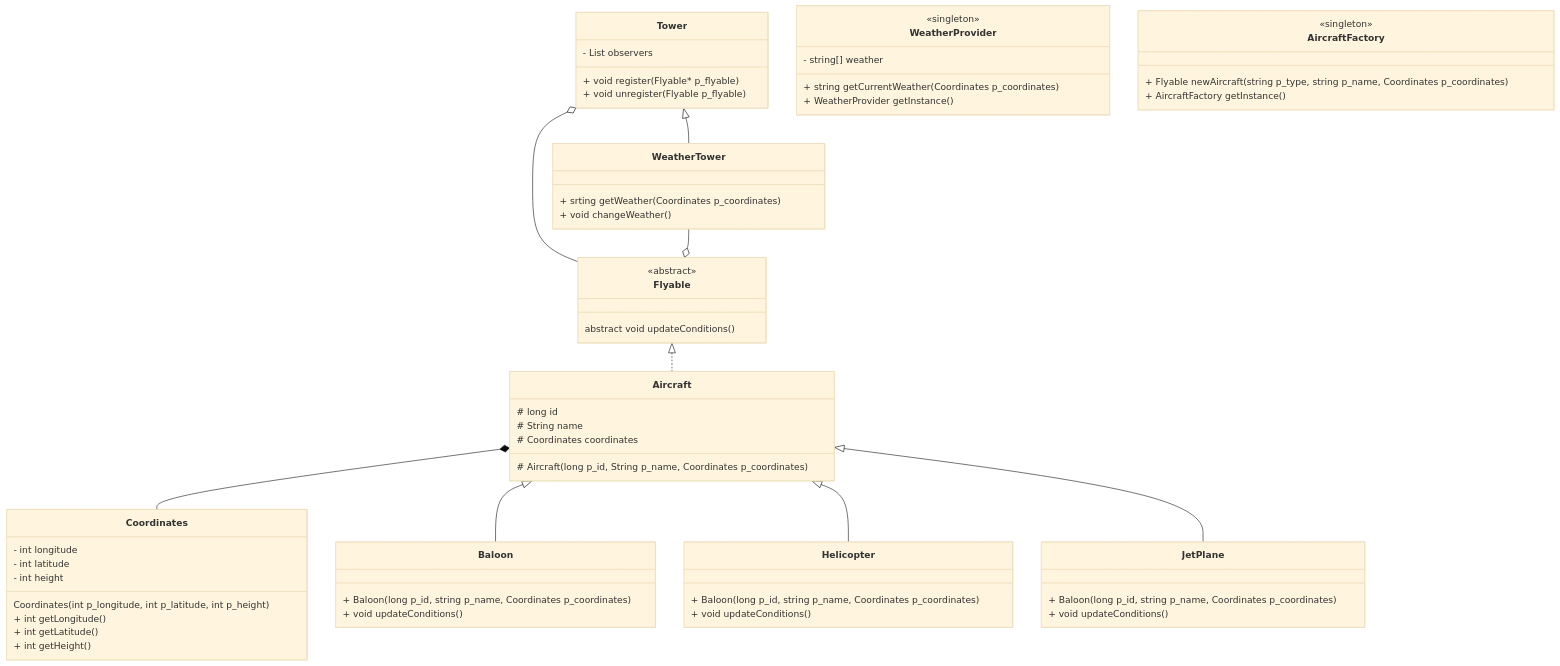
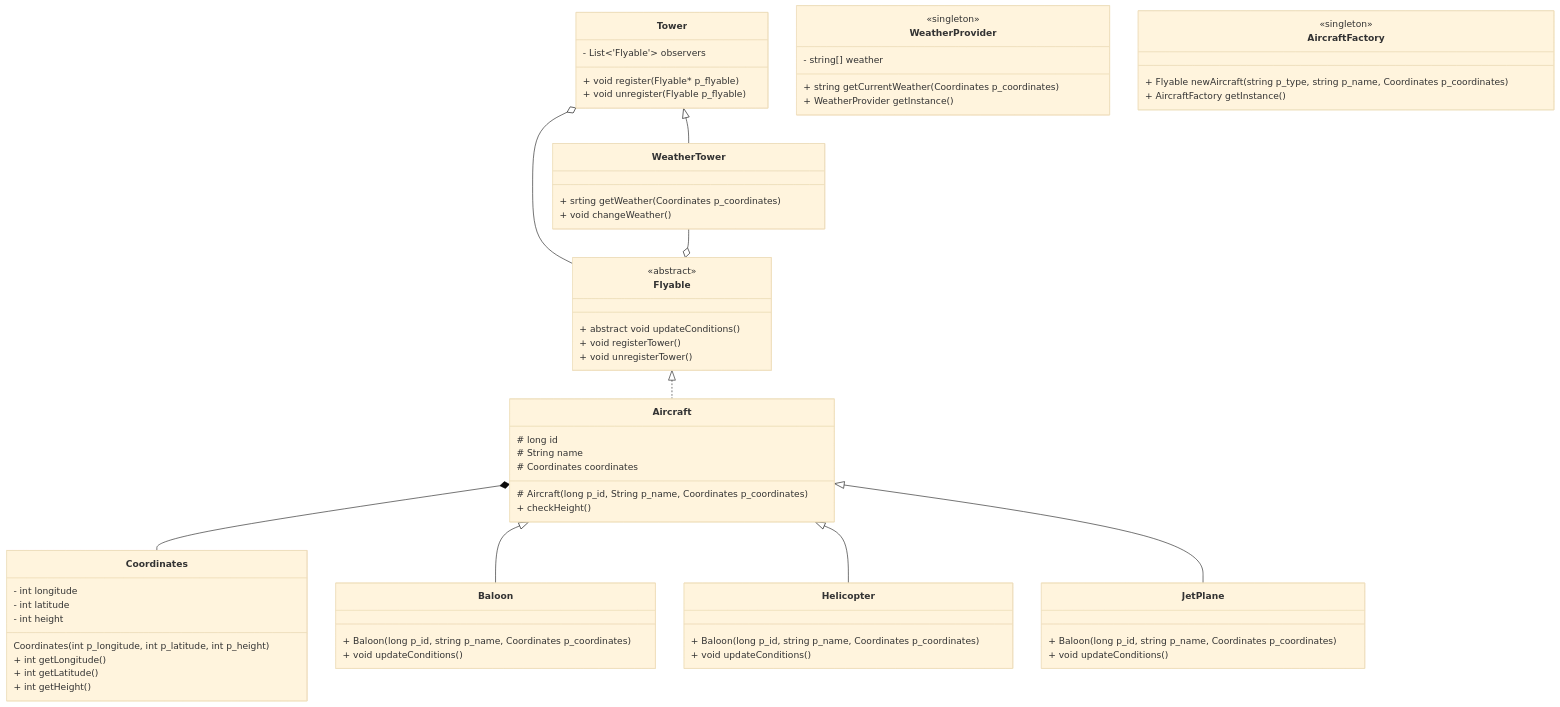
One commit to isilva-t/42.avaj-launcher changed the diagram in project/doc/develop.mermaid. Above: the diagram before and after it, drawn with Mermaid (base theme).

Commit message:
docs: mermaid - checkHeight() on Aircraft and unregisterTower() on Flyable

```diff
--- a/project/doc/develop.mermaid
+++ b/project/doc/develop.mermaid
@@ -1,76 +1,79 @@
 
 classDiagram
 
     class Tower {    
-        - List<Flyable> observers
+        - List<'Flyable'> observers
 
         + void register(Flyable* p_flyable)
         + void unregister(Flyable p_flyable)
     }
 
     class Flyable {
         <<abstract>>
-        abstract void updateConditions()
+        + abstract void updateConditions()
+        + void registerTower()
+        + void unregisterTower()
     }
 
     
     class Aircraft {
         # long id
         # String name
         # Coordinates coordinates
 
         # Aircraft(long p_id, String p_name, Coordinates p_coordinates)
+        + checkHeight()
     }
 
     class Coordinates {
         - int longitude
         - int latitude
         - int height
 
         Coordinates(int p_longitude, int p_latitude, int p_height)
 
         + int getLongitude()
         + int getLatitude()
         + int getHeight()
     }
 
     class WeatherProvider {
         <<singleton>>
         - string[] weather
         + string getCurrentWeather(Coordinates p_coordinates)
         + WeatherProvider getInstance()
     }
 
     class WeatherTower {
         + srting getWeather(Coordinates p_coordinates)
         + void changeWeather()
     }
 
     class Baloon {
         + Baloon(long p_id, string p_name, Coordinates p_coordinates)
         + void updateConditions()
     }
     class Helicopter {
         + Baloon(long p_id, string p_name, Coordinates p_coordinates)
         + void updateConditions()
     }
     class JetPlane {
         + Baloon(long p_id, string p_name, Coordinates p_coordinates)
         + void updateConditions()
     }
 
     class AircraftFactory {
         <<singleton>>
         + Flyable newAircraft(string p_type, string p_name, Coordinates p_coordinates)
         + AircraftFactory getInstance()
     }
 
     Flyable <|.. Aircraft
     Tower <|-- WeatherTower
     Tower o-- Flyable
     WeatherTower --o Flyable
     Aircraft *-- Coordinates
 
     Aircraft <|-- Baloon 
     Aircraft <|-- Helicopter 
     Aircraft <|-- JetPlane
```
